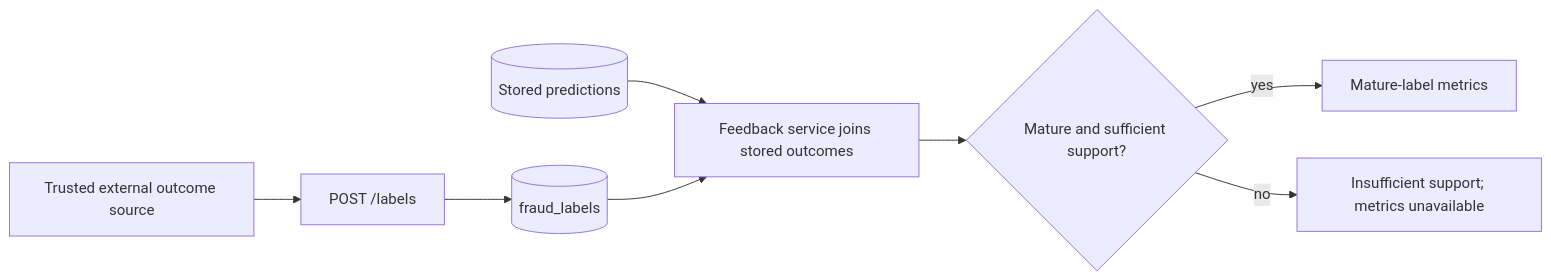
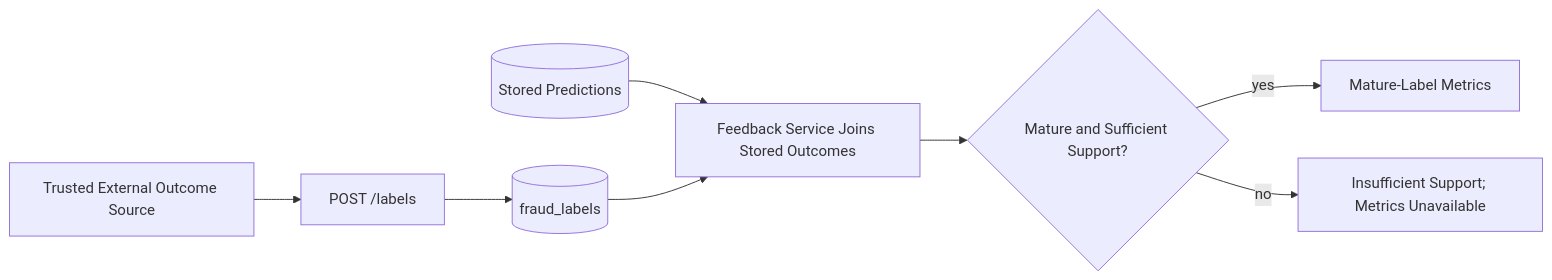
The third of 5 diagrams in docs/architecture.md (marwan-sitten60/fraud-detection-risk-decisioning-system), drawn with Mermaid before and after one commit. The commit also changed other lines of this file and 1 other file, not shown here.

Commit message:
docs: fix GitHub Mermaid architecture rendering

````diff
--- a/docs/architecture.md
+++ b/docs/architecture.md
@@ -49,10 +49,10 @@
 ```mermaid
 flowchart LR
-    Source[Trusted external outcome source] --> API[POST /labels]
-    API --> LABELS[(fraud_labels)]
-    PRED[(Stored predictions)] --> JOIN[Feedback service joins stored outcomes]
+    Source["Trusted External Outcome Source"] --> API["POST /labels"]
+    API --> LABELS[("fraud_labels")]
+    PRED[("Stored Predictions")] --> JOIN["Feedback Service Joins Stored Outcomes"]
     LABELS --> JOIN
-    JOIN --> READY{Mature and sufficient support?}
-    READY -->|yes| METRICS[Mature-label metrics]
-    READY -->|no| NULL[Insufficient support; metrics unavailable]
+    JOIN --> READY{"Mature and Sufficient Support?"}
+    READY -->|yes| METRICS["Mature-Label Metrics"]
+    READY -->|no| NULL["Insufficient Support; Metrics Unavailable"]
 ```
````
